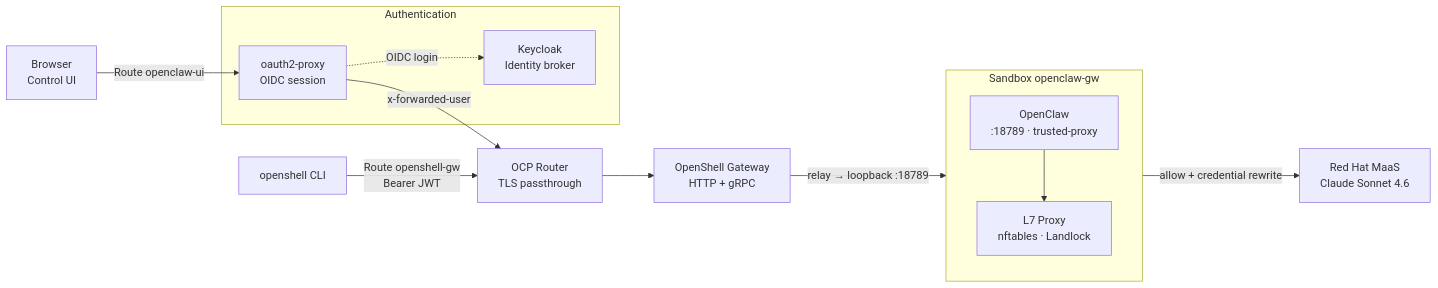
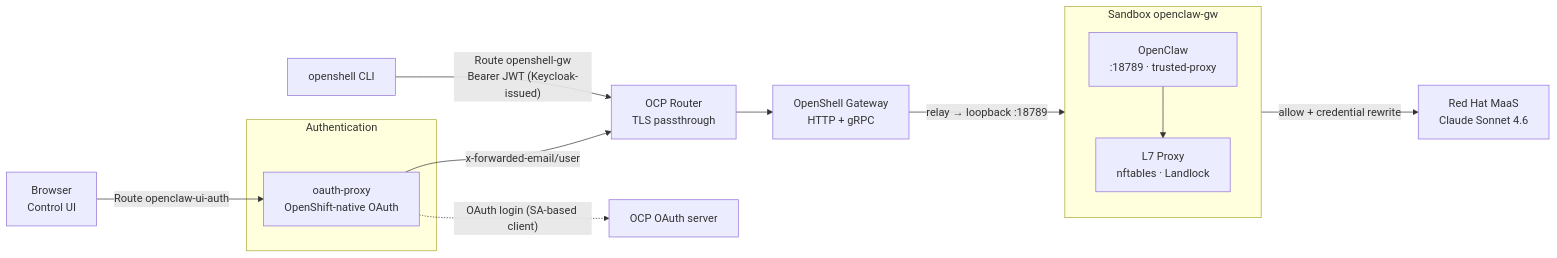
Before and after one commit to davidseve/open-claw-in-openshell: the first of 2 diagrams in README.md, drawn with Mermaid. The commit also changed other lines of this file and 38 other files, not shown here.

First line of the commit message:
feat(auth): migrate browser UI to OpenShift-native oauth-proxy

````diff
--- a/README.md
+++ b/README.md
@@ -13,31 +13,30 @@
 ```mermaid
 flowchart LR
   Browser["Browser<br/>Control UI"]
   CLI["openshell CLI"]
 
   Router["OCP Router<br/>TLS passthrough"]
 
   subgraph auth["Authentication"]
-    OAuth2["oauth2-proxy<br/>OIDC session"]
-    KC["Keycloak<br/>Identity broker"]
+    OAuthProxy["oauth-proxy<br/>OpenShift-native OAuth"]
   end
 
   GW["OpenShell Gateway<br/>HTTP + gRPC"]
 
   subgraph sandbox["Sandbox openclaw-gw"]
     direction TB
     OC["OpenClaw<br/>:18789 · trusted-proxy"]
     Proxy["L7 Proxy<br/>nftables · Landlock"]
     OC --> Proxy
   end
 
   MaaS["Red Hat MaaS<br/>Claude Sonnet 4.6"]
 
-  Browser -->|"Route openclaw-ui"| OAuth2
-  OAuth2 -->|"x-forwarded-user"| Router
-  CLI -->|"Route openshell-gw<br/>Bearer JWT"| Router
+  Browser -->|"Route openclaw-ui-auth"| OAuthProxy
+  OAuthProxy -->|"x-forwarded-email/user"| Router
+  CLI -->|"Route openshell-gw<br/>Bearer JWT (Keycloak-issued)"| Router
   Router --> GW
   GW -->|"relay → loopback :18789"| OC
-  OAuth2 -.->|"OIDC login"| KC
+  OAuthProxy -.->|"OAuth login (SA-based client)"| OCPOAuth["OCP OAuth server"]
   Proxy -->|"allow + credential rewrite"| MaaS
 ```
````
